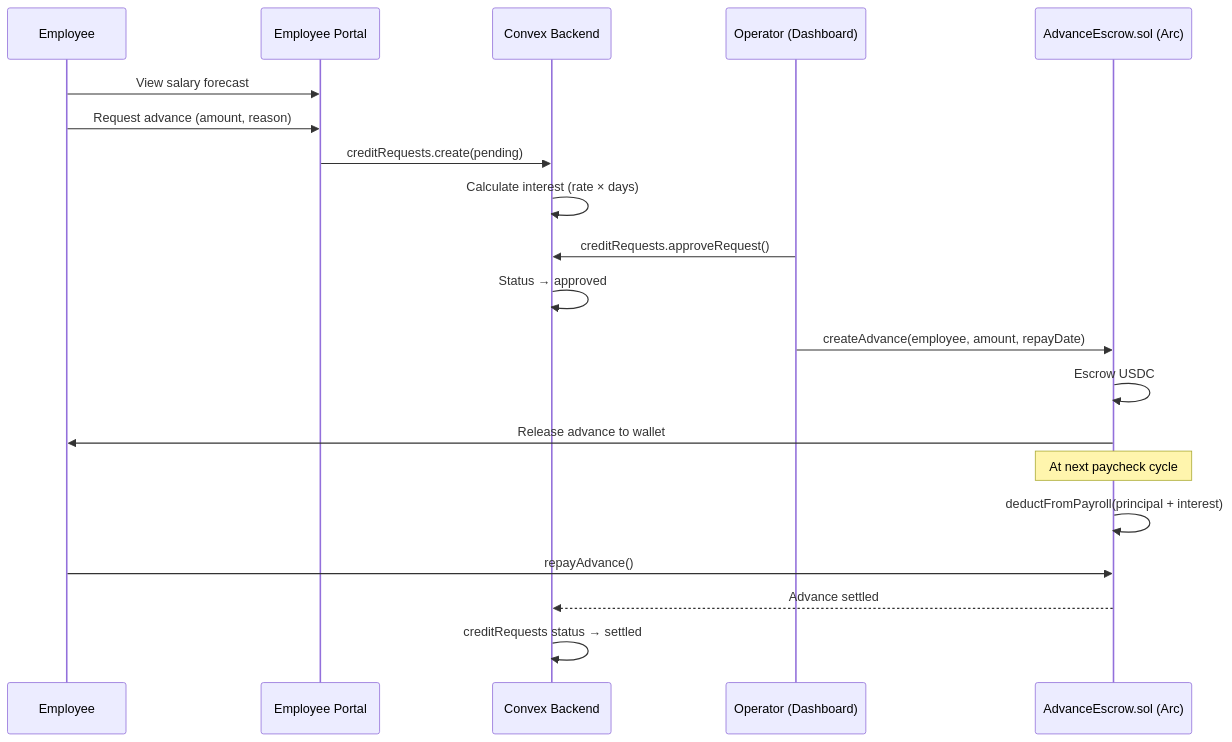
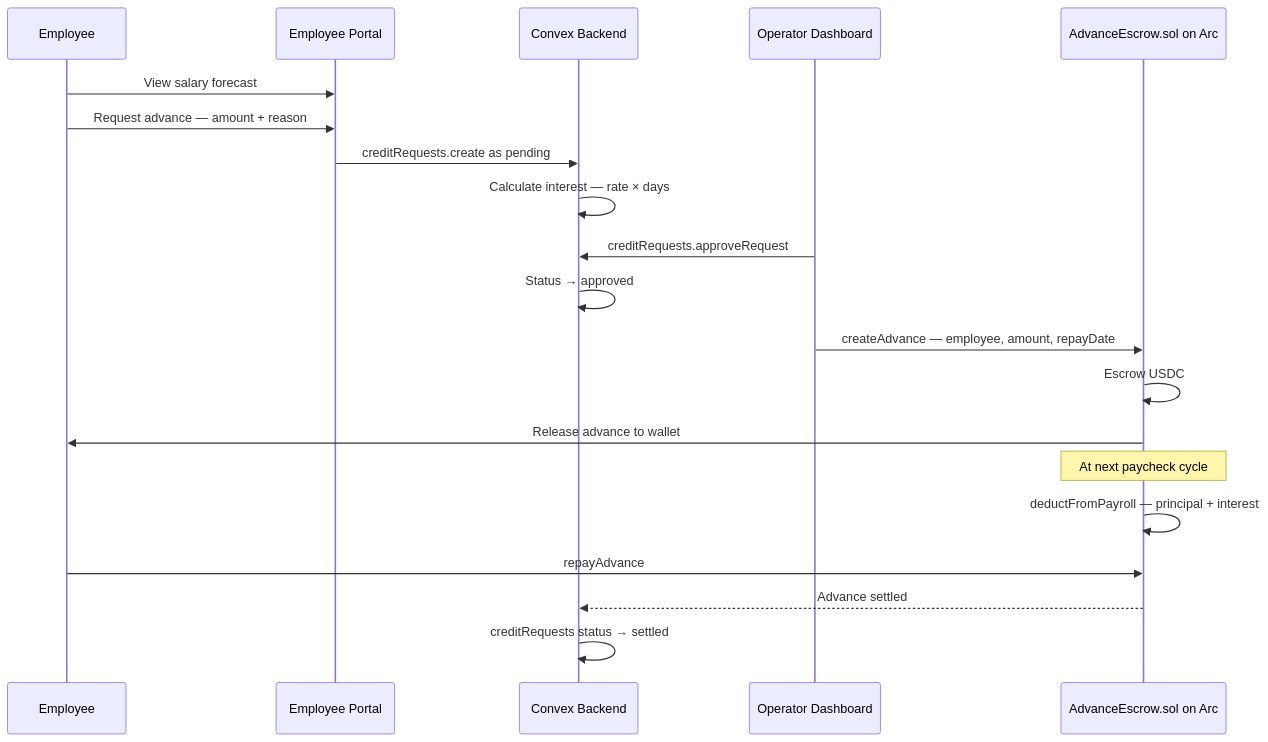
Before and after one commit to Cannes2026EthGlobal/webapp: the fifth of 6 diagrams in ARCHITECTURE.md, drawn with Mermaid. The commit also changed other lines of this file, not shown here.

Commit message:
fix: escape Mermaid syntax — remove parentheses from link labels and rename reserved PS alias

````diff
--- a/ARCHITECTURE.md
+++ b/ARCHITECTURE.md
@@ -288,23 +288,23 @@
 ```mermaid
 sequenceDiagram
     participant EE as Employee
     participant EP as Employee Portal
     participant CX as Convex Backend
-    participant Op as Operator (Dashboard)
-    participant AE as AdvanceEscrow.sol (Arc)
+    participant Op as Operator Dashboard
+    participant AE as AdvanceEscrow.sol on Arc
 
     EE->>EP: View salary forecast
-    EE->>EP: Request advance (amount, reason)
-    EP->>CX: creditRequests.create(pending)
-    CX->>CX: Calculate interest (rate × days)
-    Op->>CX: creditRequests.approveRequest()
+    EE->>EP: Request advance — amount + reason
+    EP->>CX: creditRequests.create as pending
+    CX->>CX: Calculate interest — rate × days
+    Op->>CX: creditRequests.approveRequest
     CX->>CX: Status → approved
-    Op->>AE: createAdvance(employee, amount, repayDate)
+    Op->>AE: createAdvance — employee, amount, repayDate
     AE->>AE: Escrow USDC
     AE->>EE: Release advance to wallet
     Note over AE: At next paycheck cycle
-    AE->>AE: deductFromPayroll(principal + interest)
-    EE->>AE: repayAdvance()
+    AE->>AE: deductFromPayroll — principal + interest
+    EE->>AE: repayAdvance
     AE-->>CX: Advance settled
     CX->>CX: creditRequests status → settled
 ```
````
